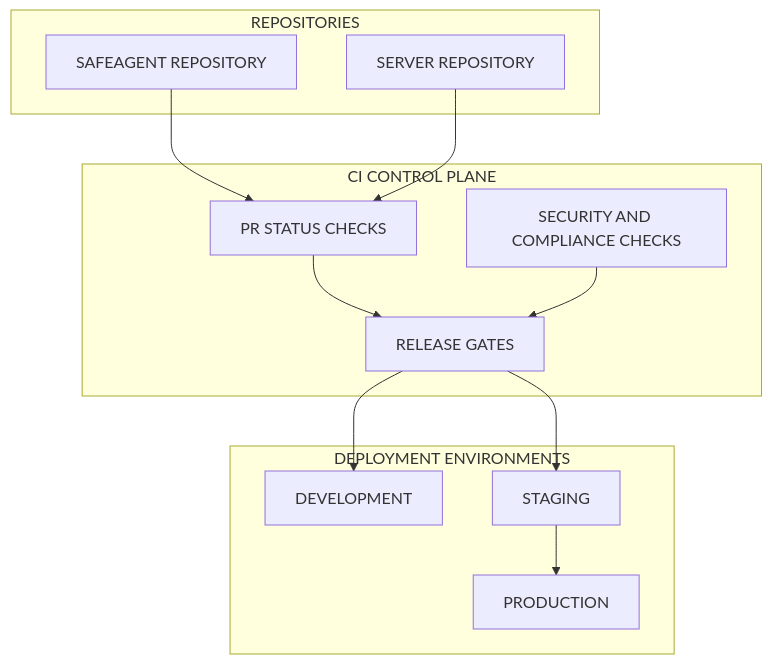
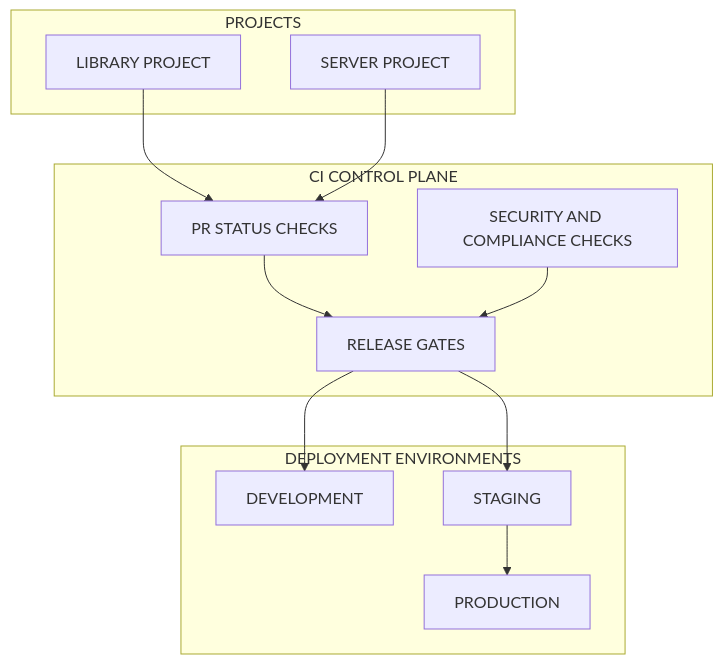
Before and after one commit to 1qh/safeagent: the second of 3 diagrams in plan/21-release-pipeline.md, drawn with Mermaid. The commit also changed other lines of this file, not shown here.

Commit message:
fix release pipeline plan: abstract repo-structure refs, add delivery checklist to ToC, replace semantic-release with Bun-native language

````diff
--- a/plan/21-release-pipeline.md
+++ b/plan/21-release-pipeline.md
@@ -50,27 +51,27 @@
 ```mermaid
 graph TB
-  subgraph REPOSITORIES[REPOSITORIES]
-    SAFEAGENT_REPO[SAFEAGENT REPOSITORY]
-    SERVER_REPO[SERVER REPOSITORY]
-  end
+   subgraph PROJECTS[PROJECTS]
+     LIBRARY_PROJECT[LIBRARY PROJECT]
+     SERVER_PROJECT[SERVER PROJECT]
+   end
 
   subgraph CI_CONTROL[CI CONTROL PLANE]
     PR_CHECKS[PR STATUS CHECKS]
     RELEASE_GATES[RELEASE GATES]
     SECURITY_CHECKS[SECURITY AND COMPLIANCE CHECKS]
   end
 
   subgraph ENVIRONMENTS[DEPLOYMENT ENVIRONMENTS]
     DEV_ENV[DEVELOPMENT]
     STAGING_ENV[STAGING]
     PROD_ENV[PRODUCTION]
   end
 
-  SAFEAGENT_REPO --> PR_CHECKS
-  SERVER_REPO --> PR_CHECKS
+   LIBRARY_PROJECT --> PR_CHECKS
+   SERVER_PROJECT --> PR_CHECKS
   PR_CHECKS --> RELEASE_GATES
   RELEASE_GATES --> DEV_ENV
   RELEASE_GATES --> STAGING_ENV
   STAGING_ENV --> PROD_ENV
   SECURITY_CHECKS --> RELEASE_GATES
 ```
````
